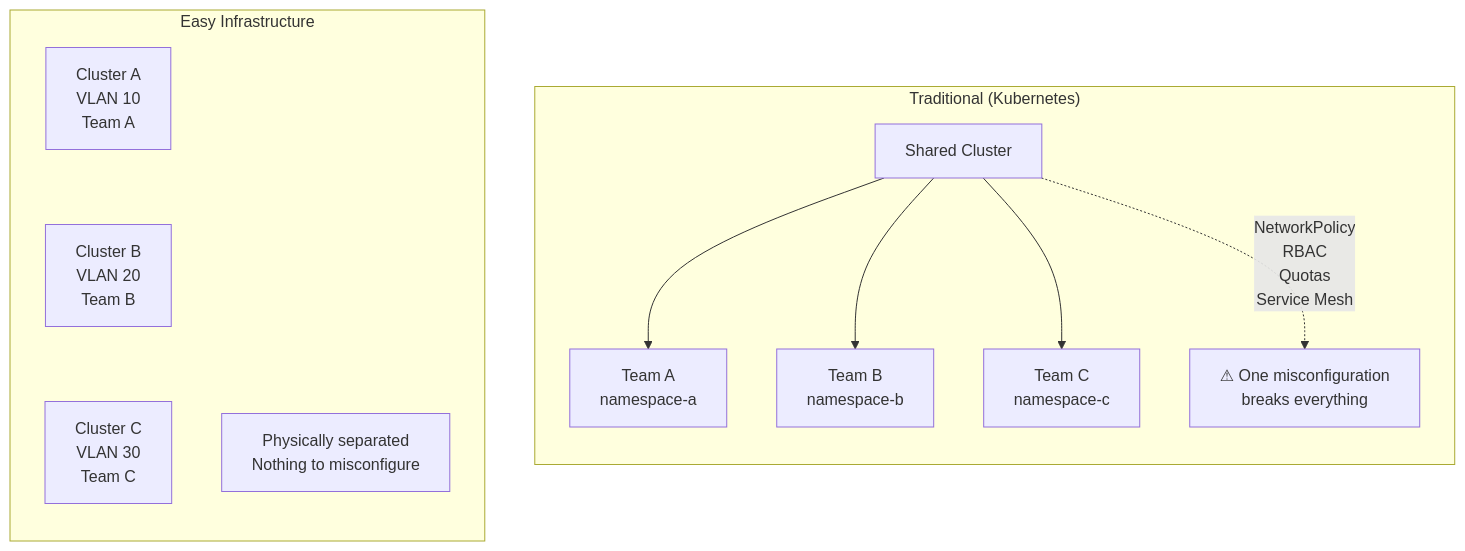
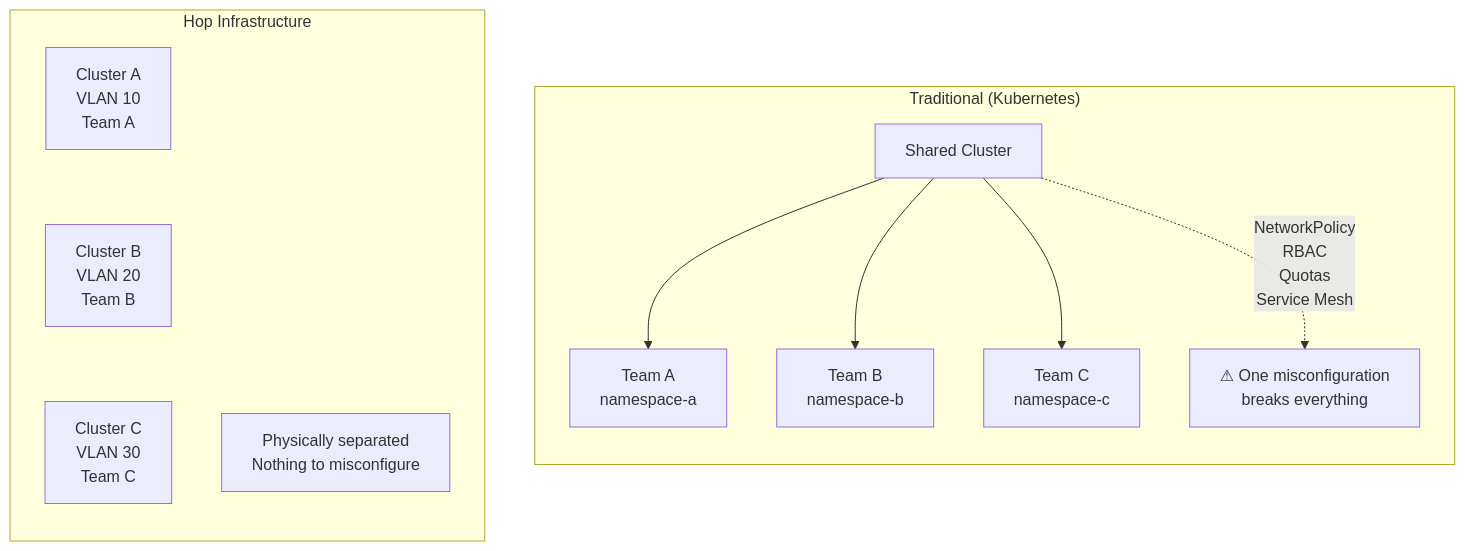
The first of 11 diagrams in SECURITY.md (xinix00/easyrun), drawn with Mermaid before and after one commit. The commit also changed other lines of this file and 85 other files, not shown here.

````diff
--- a/SECURITY.md
+++ b/SECURITY.md
@@ -9,20 +9,20 @@
 ```mermaid
 graph TB
     subgraph "Traditional (Kubernetes)"
         direction TB
         K8S[Shared Cluster]
         K8S --> TA[Team A<br/>namespace-a]
         K8S --> TB[Team B<br/>namespace-b]
         K8S --> TC[Team C<br/>namespace-c]
         K8S -.->|"NetworkPolicy<br/>RBAC<br/>Quotas<br/>Service Mesh"| RISK["⚠ One misconfiguration<br/>breaks everything"]
     end
 
-    subgraph "Easy Infrastructure"
+    subgraph "Hop Infrastructure"
         direction TB
         CA[Cluster A<br/>VLAN 10<br/>Team A]
         CB[Cluster B<br/>VLAN 20<br/>Team B]
         CC[Cluster C<br/>VLAN 30<br/>Team C]
         CA ~~~ CB ~~~ CC
         SAFE["Physically separated<br/>Nothing to misconfigure"]
     end
 ```
````
